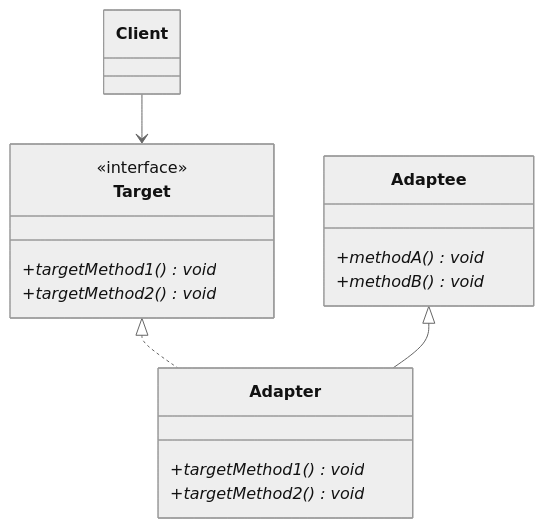
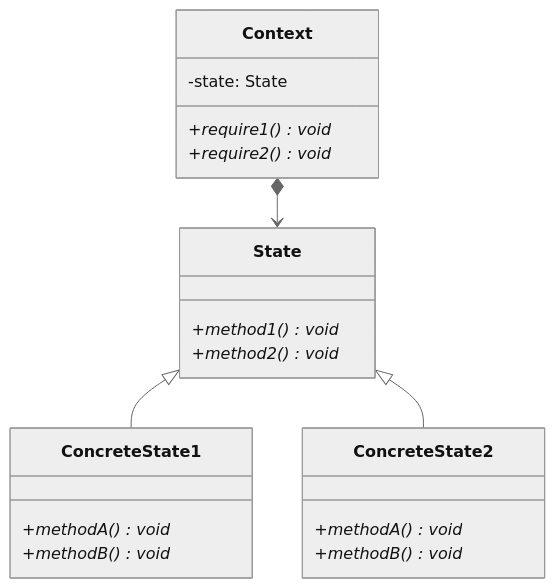
Before and after one commit to YusukeOno/study-java-design-pattern: the diagram in study-adapter-pattern/README.md, drawn with Mermaid (neutral theme). The commit also changed other lines of this file and 12 other files, not shown here.

````diff
--- a/study-adapter-pattern/README.md
+++ b/study-adapter-pattern/README.md
@@ -12,26 +10,29 @@
 ```mermaid
 classDiagram
-    Client-->Target
-    Target<|..Adapter
-    Adaptee<|--Adapter
+    
+    Context*-->State
+    State<|--ConcreteState1
+    State<|--ConcreteState2
 
-    class Client {
-    }
-
-    class Target {
-        <<interface>>
-        +targetMethod1()* void
-        +targetMethod2()* void
+    class Context {
+        -state: State
+        +require1()* void
+        +require2()* void
 
     }
 
-    class Adapter {
-        +targetMethod1()* void
-        +targetMethod2()* void
+    class State {
+        +method1()* void
+        +method2()* void
     }
 
-    class Adaptee {
+    class ConcreteState1 {
+        +methodA()* void
+        +methodB()* void
+    }
+
+    class ConcreteState2 {
         +methodA()* void
         +methodB()* void
     }
 ```
````
